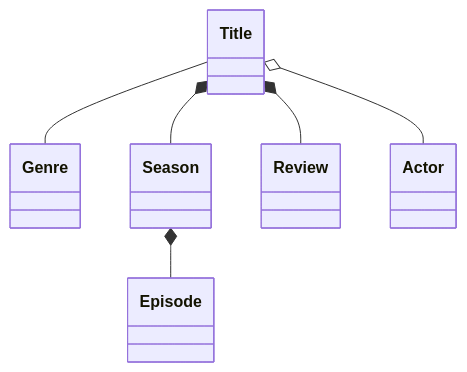
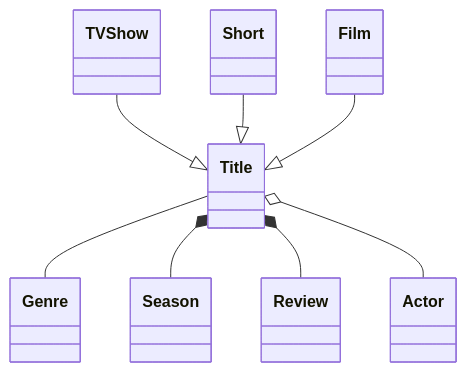
Before and after one commit to kiquetal/diagram-techniques: the diagram in chapter_one/diagram.mermaid, drawn with Mermaid. The commit also changed 1 other file, not shown here.

```diff
--- a/chapter_one/diagram.mermaid
+++ b/chapter_one/diagram.mermaid
@@ -1,6 +1,10 @@
 classDiagram
     Title -- Genre
     Title *-- Season
     Title *-- Review
     Title o-- Actor
-    Season *-- Episode
+
+
+    TV Show --|> Title
+    Short --|> Title
+    Film --|> Title
```
